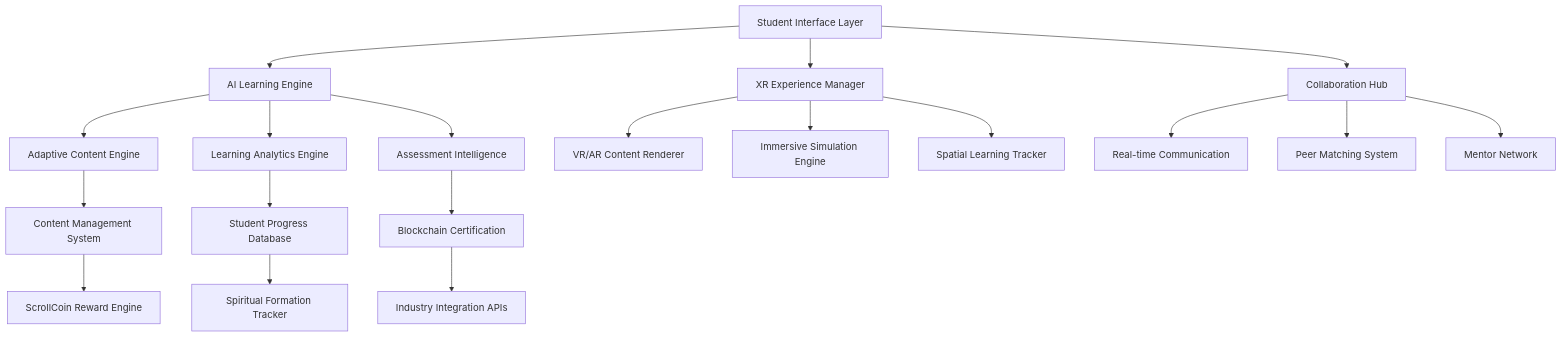
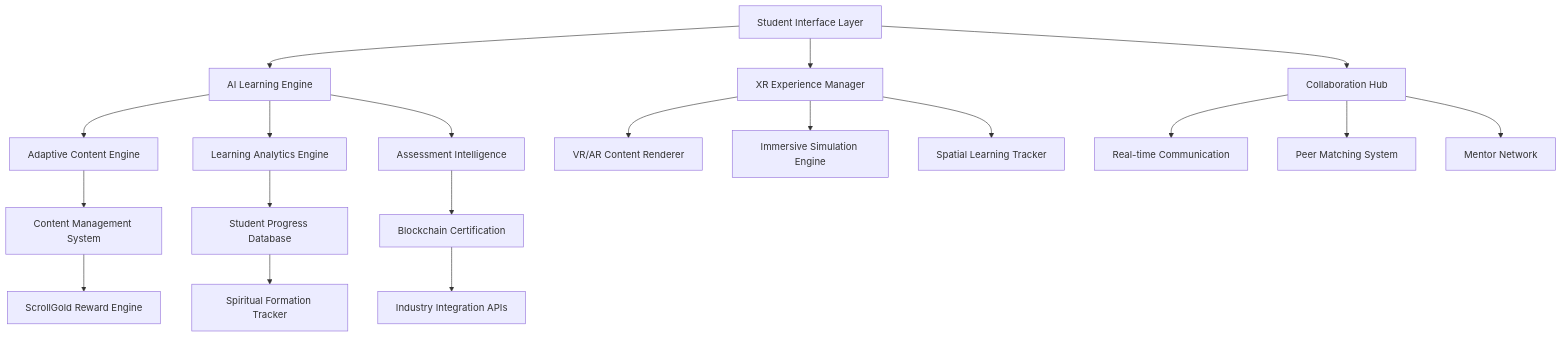
Before and after one commit to stanleymay20/zion-scroll-forge: the first of 2 diagrams in .kiro/specs/scroll-revolutionary-learning-experience/design.md, drawn with Mermaid. The commit also changed other lines of this file and 1853 other files, not shown here.

````diff
--- a/.kiro/specs/scroll-revolutionary-learning-experience/design.md
+++ b/.kiro/specs/scroll-revolutionary-learning-experience/design.md
@@ -11,26 +11,26 @@
 ```mermaid
 graph TB
     A[Student Interface Layer] --> B[AI Learning Engine]
     A --> C[XR Experience Manager]
     A --> D[Collaboration Hub]
     
     B --> E[Adaptive Content Engine]
     B --> F[Learning Analytics Engine]
     B --> G[Assessment Intelligence]
     
     C --> H[VR/AR Content Renderer]
     C --> I[Immersive Simulation Engine]
     C --> J[Spatial Learning Tracker]
     
     D --> K[Real-time Communication]
     D --> L[Peer Matching System]
     D --> M[Mentor Network]
     
     E --> N[Content Management System]
     F --> O[Student Progress Database]
     G --> P[Blockchain Certification]
     
-    N --> Q[ScrollCoin Reward Engine]
+    N --> Q[ScrollGold Reward Engine]
     O --> R[Spiritual Formation Tracker]
     P --> S[Industry Integration APIs]
 ```
````
